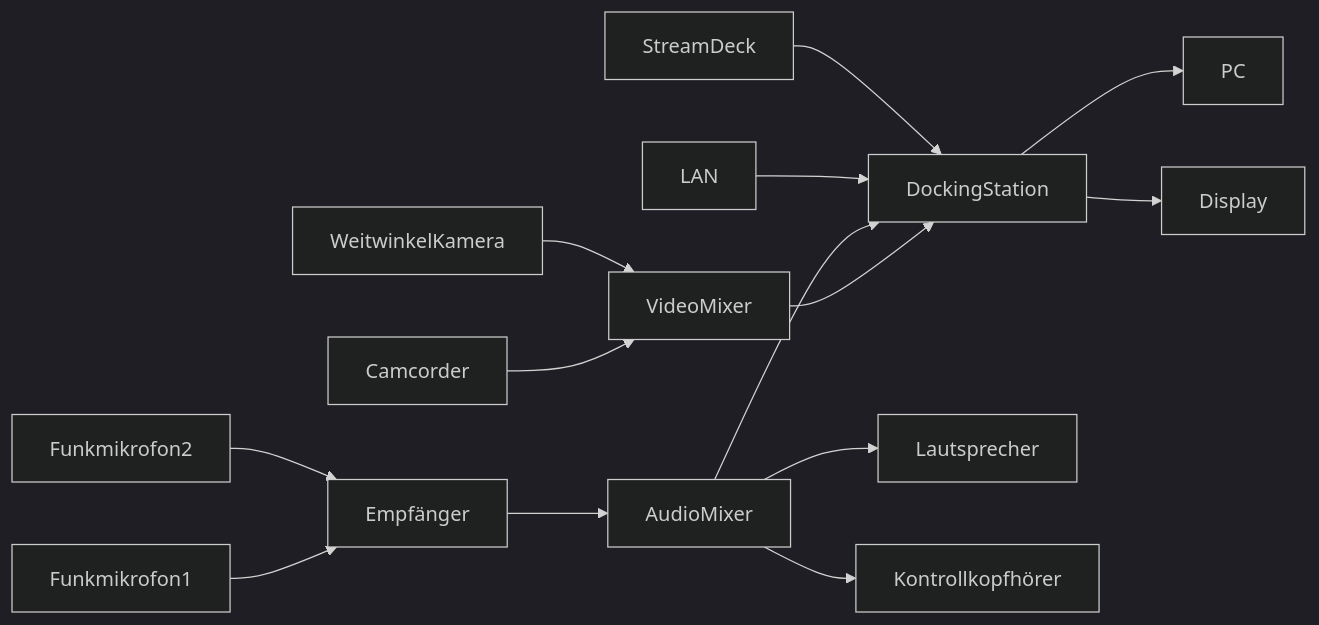
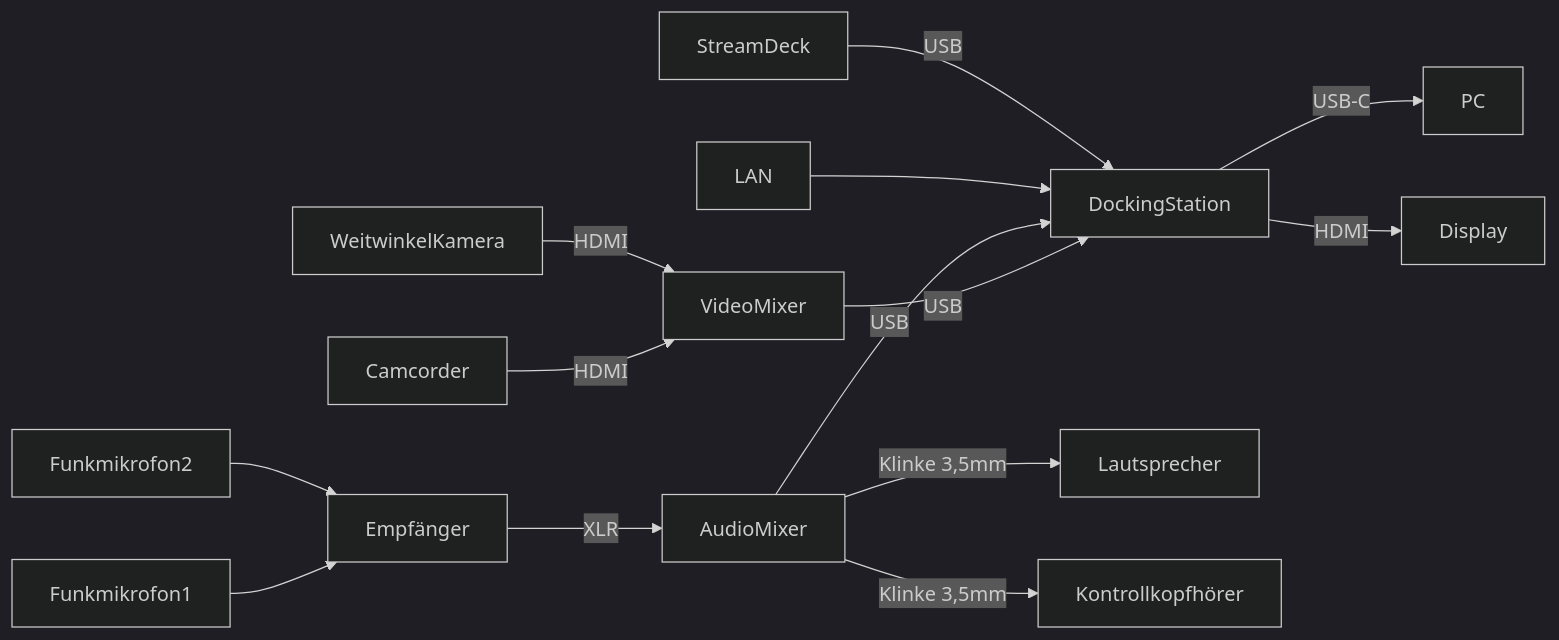
Before and after one commit to cogneon/digital-asset-pool: the second of 2 diagrams in gkc22/Readme.md, drawn with Mermaid (dark theme). The commit also changed other lines of this file, not shown here.

````diff
--- a/gkc22/Readme.md
+++ b/gkc22/Readme.md
@@ -13,16 +31,16 @@
 ```mermaid
 graph LR;
-      Camcorder-->VideoMixer;
-      WeitwinkelKamera-->VideoMixer;
-      VideoMixer-->DockingStation;
-      DockingStation-->PC;
-      AudioMixer-->Lautsprecher;
-      AudioMixer-->DockingStation;
-      AudioMixer-->Kontrollkopfhörer;
+      Camcorder-->|HDMI|VideoMixer;
+      WeitwinkelKamera-->|HDMI|VideoMixer;
+      VideoMixer-->|USB|DockingStation;
+      DockingStation-->|USB-C|PC;
+      AudioMixer-->|Klinke 3,5mm|Lautsprecher;
+      AudioMixer-->|USB|DockingStation;
+      AudioMixer-->|Klinke 3,5mm|Kontrollkopfhörer;
       Funkmikrofon1-->Empfänger;
       Funkmikrofon2-->Empfänger;
-      Empfänger-->AudioMixer;
+      Empfänger-->|XLR|AudioMixer;
       LAN-->DockingStation;
-      StreamDeck-->DockingStation;
-      DockingStation-->Display;
+      StreamDeck-->|USB|DockingStation;
+      DockingStation-->|HDMI|Display;
 ```
````
